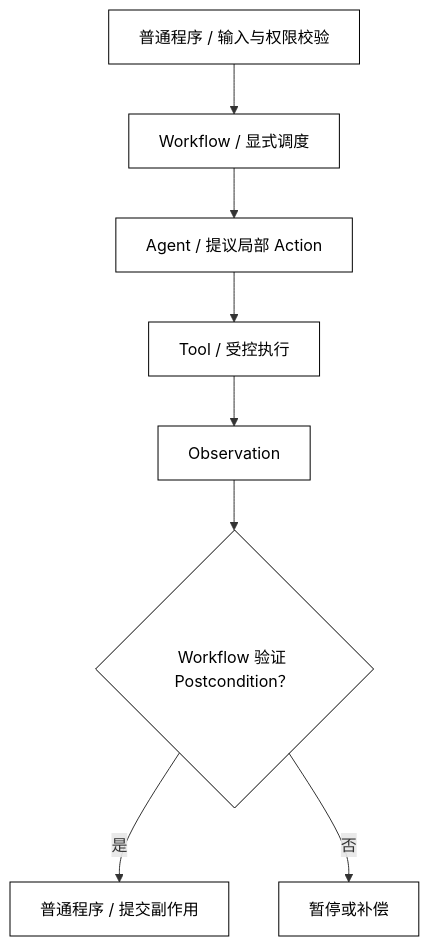
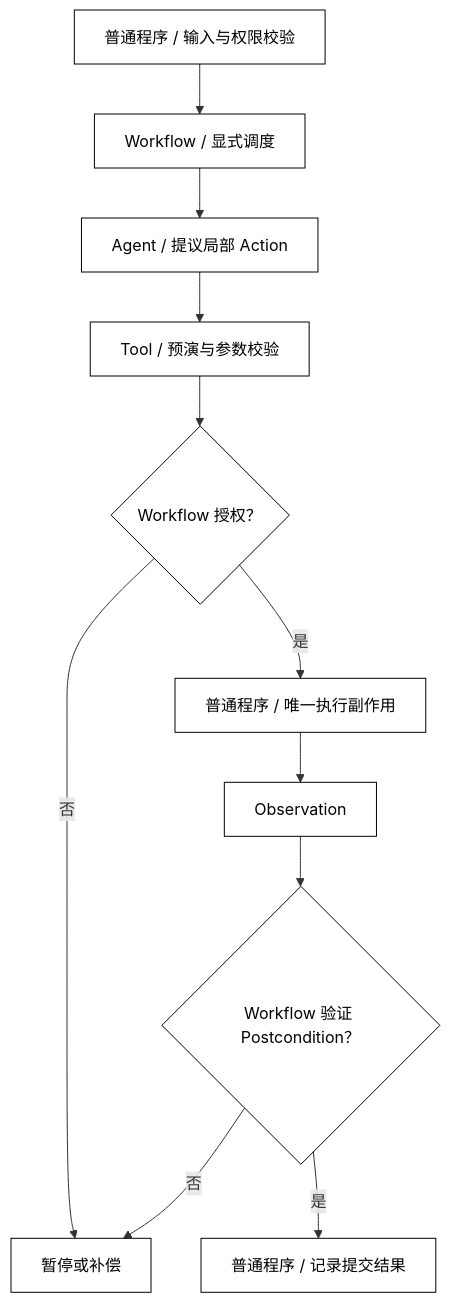
Before and after one commit to clint-sfy/clintsfy.github.io: the diagram in docs/courses/agent/02-Agent基础/08-Agent-Workflow与普通程序的区别.md, drawn with Mermaid. The commit also changed other lines of this file and 7 other files, not shown here.

Commit message:
fix(agent): refine course mermaid boundaries

````diff
--- a/docs/courses/agent/02-Agent基础/08-Agent-Workflow与普通程序的区别.md
+++ b/docs/courses/agent/02-Agent基础/08-Agent-Workflow与普通程序的区别.md
@@ -43,13 +43,16 @@
 ```mermaid
 flowchart TD
     Input["普通程序 / 输入与权限校验"] --> Workflow["Workflow / 显式调度"]
     Workflow --> Agent["Agent / 提议局部 Action"]
-    Agent --> Tool["Tool / 受控执行"]
-    Tool --> Observation["Observation"]
+    Agent --> Tool["Tool / 预演与参数校验"]
+    Tool --> Authorize{"Workflow 授权？"}
+    Authorize -->|否| Recover["暂停或补偿"]
+    Authorize -->|是| Execute["普通程序 / 唯一执行副作用"]
+    Execute --> Observation["Observation"]
     Observation --> Verify{"Workflow 验证 Postcondition？"}
-    Verify -->|是| Commit["普通程序 / 提交副作用"]
-    Verify -->|否| Recover["暂停或补偿"]
+    Verify -->|是| Commit["普通程序 / 记录提交结果"]
+    Verify -->|否| Recover
 
     classDef core fill:transparent,stroke:currentColor,color:currentColor,stroke-width:1px;
-    class Input,Workflow,Agent,Tool,Observation,Verify,Commit,Recover core;
+    class Input,Workflow,Agent,Tool,Authorize,Execute,Observation,Verify,Commit,Recover core;
 ```
````
